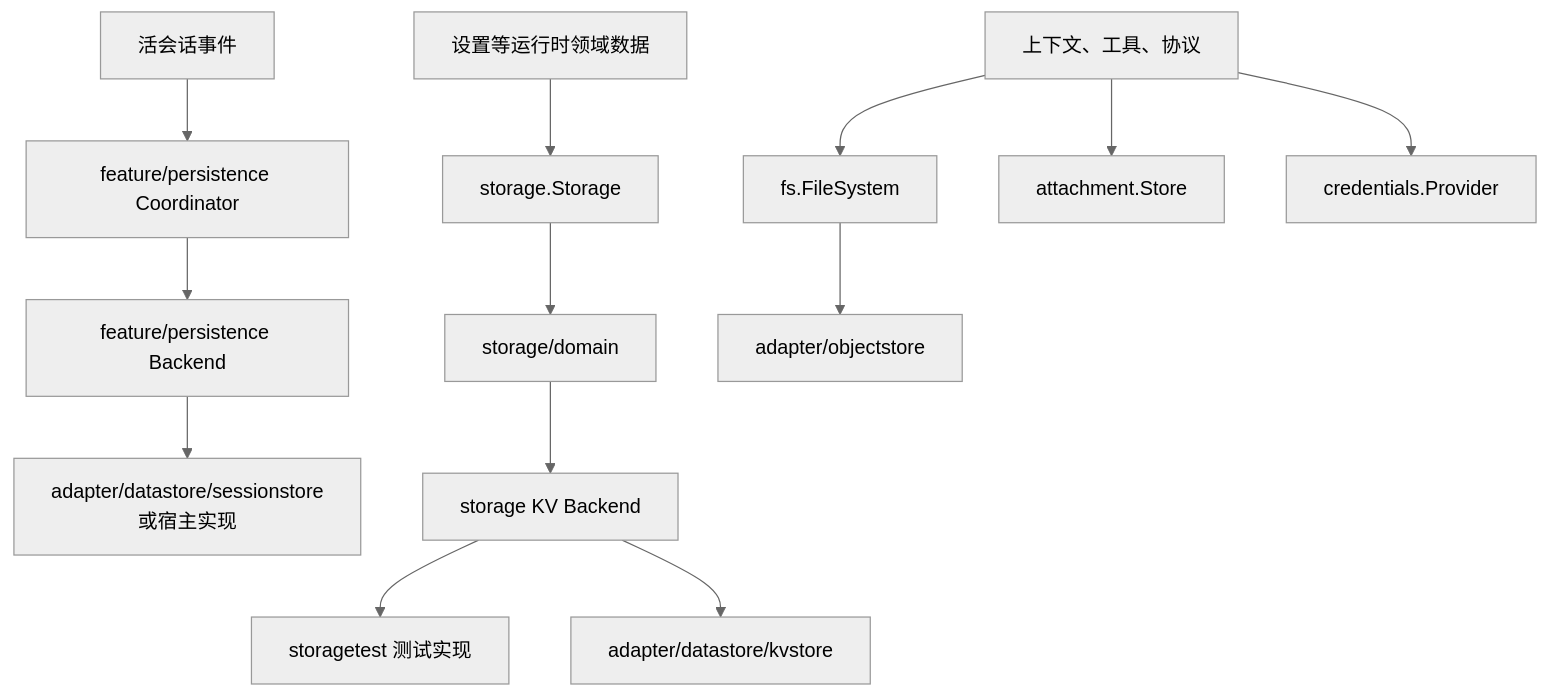
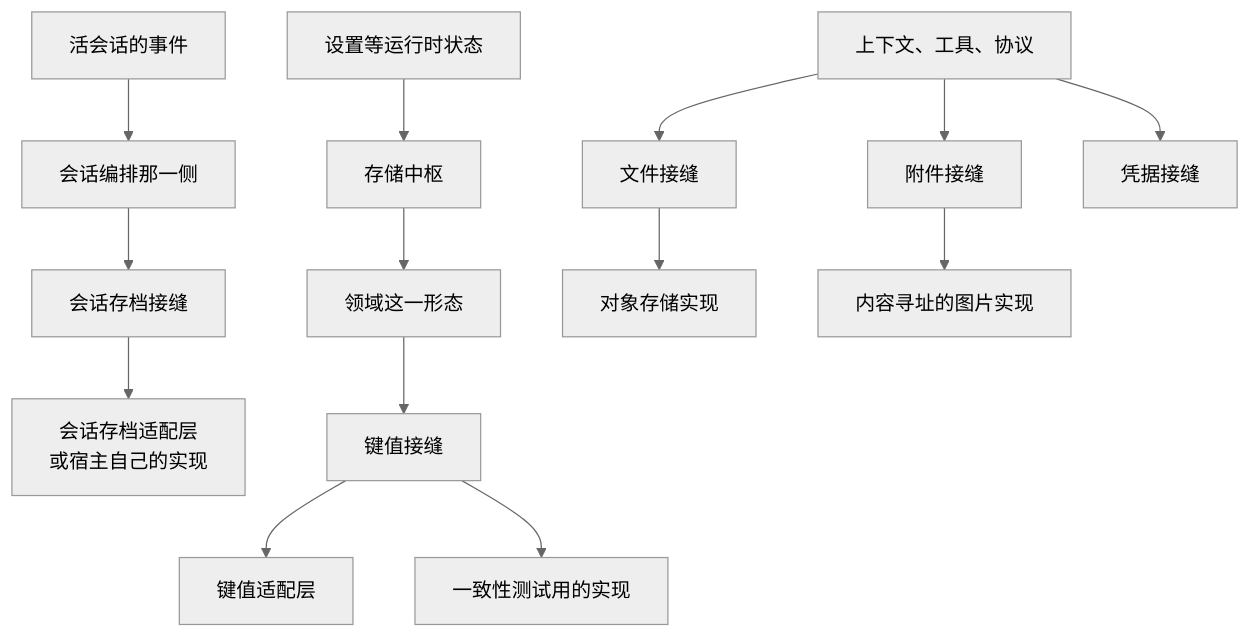
Before and after one commit to snight1983/ds-harness-go: the sixth of 57 diagrams in docs/modules/storage.md, drawn with Mermaid (neutral theme). The commit also changed other lines of this file and 43 other files, not shown here.

Commit message:
docs: 图解架构与模块设计

````diff
--- a/docs/modules/storage.md
+++ b/docs/modules/storage.md
@@ -23,17 +77,18 @@
 ```mermaid
 flowchart TB
-    Session["活会话事件"] --> Coordinator["feature/persistence Coordinator"]
-    Coordinator --> Persistence["feature/persistence Backend"]
-    Persistence --> SessionBackend["adapter/datastore/sessionstore\n或宿主实现"]
+    Session["活会话的事件"] --> Coord["会话编排那一侧"]
+    Coord --> PB["会话存档接缝"]
+    PB --> SS["会话存档适配层<br/>或宿主自己的实现"]
 
-    State["设置等运行时领域数据"] --> Hub["storage.Storage"]
-    Hub --> Domain["storage/domain"]
-    Domain --> Backend["storage KV Backend"]
-    Backend --> Contract["storagetest 测试实现"]
-    Backend --> KVStore["adapter/datastore/kvstore"]
+    State["设置等运行时状态"] --> Hub["存储中枢"]
+    Hub --> Dom["领域这一形态"]
+    Dom --> KVB["键值接缝"]
+    KVB --> KVA["键值适配层"]
+    KVB --> KVT["一致性测试用的实现"]
 
-    Runtime["上下文、工具、协议"] --> FS["fs.FileSystem"]
-    FS --> Object["adapter/objectstore"]
-    Runtime --> Attach["attachment.Store"]
-    Runtime --> Creds["credentials.Provider"]
+    Runtime["上下文、工具、协议"] --> FS["文件接缝"]
+    FS --> Obj["对象存储实现"]
+    Runtime --> Att["附件接缝"]
+    Att --> Img["内容寻址的图片实现"]
+    Runtime --> Cred["凭据接缝"]
 ```
````
